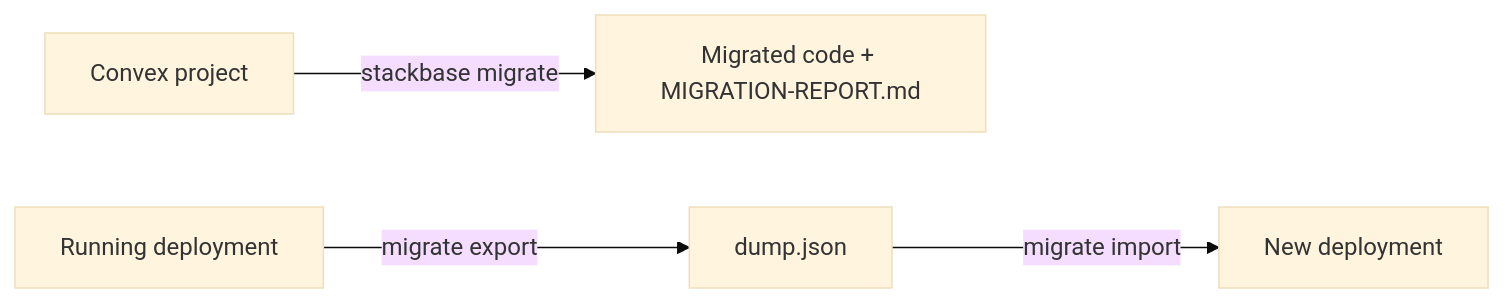
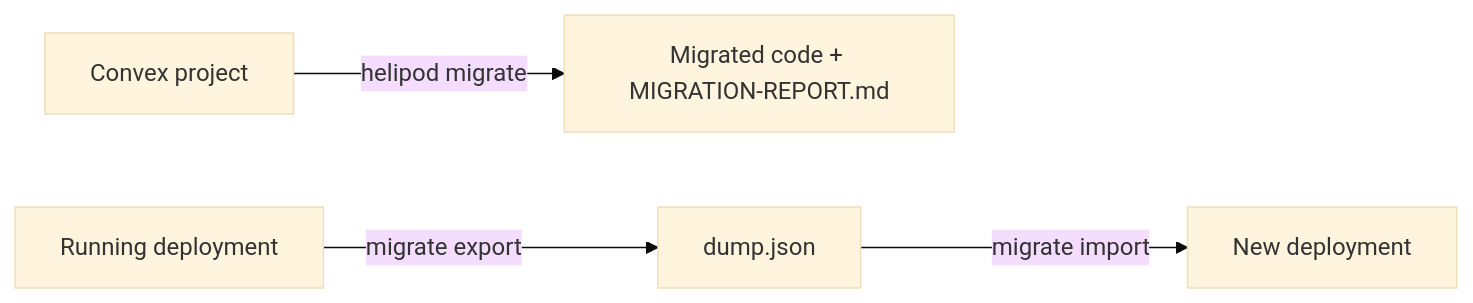
One commit to helipod-sh/helipod changed the diagram in website/content/docs/reference/migrate-from-convex.mdx. Above: the diagram before and after it, drawn with Mermaid (base theme). The commit also changed other lines of this file and 1141 other files, not shown here.

First line of the commit message:
feat: rename project from stackbase to helipod

````diff
--- a/website/content/docs/reference/migrate-from-convex.mdx
+++ b/website/content/docs/reference/migrate-from-convex.mdx
@@ -26,6 +26,6 @@
 ```mermaid
 flowchart LR
-  A["Convex project"] -->|"stackbase migrate"| B["Migrated code + MIGRATION-REPORT.md"]
+  A["Convex project"] -->|"helipod migrate"| B["Migrated code + MIGRATION-REPORT.md"]
   C["Running deployment"] -->|"migrate export"| D["dump.json"]
   D -->|"migrate import"| E["New deployment"]
 ```
````
